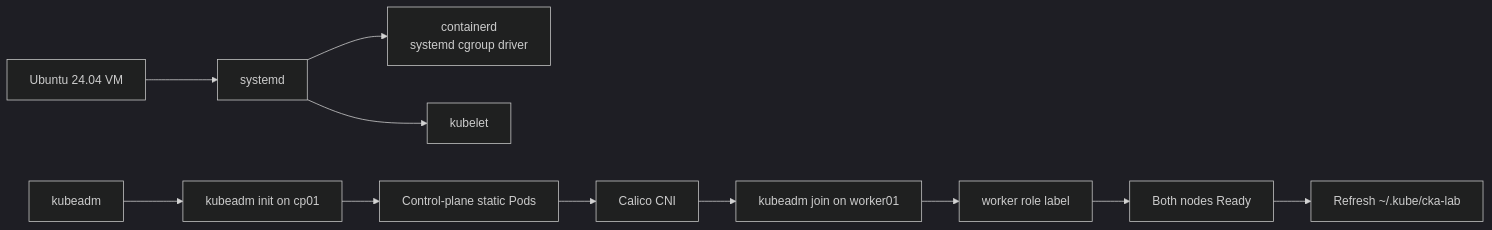
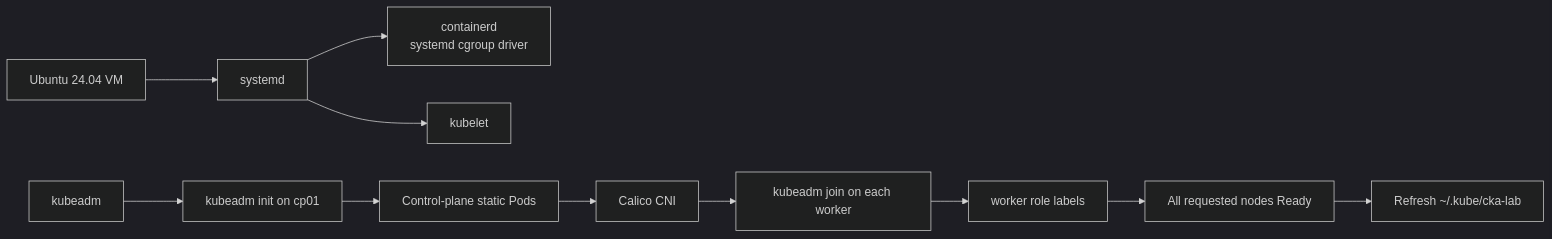
Before and after one commit to secopsarch/k8s-disposable-lab: the third of 4 diagrams in docs/architecture-and-operations.md, drawn with Mermaid (dark theme). The commit also changed other lines of this file and 5 other files, not shown here.

````diff
--- a/docs/architecture-and-operations.md
+++ b/docs/architecture-and-operations.md
@@ -54,13 +57,13 @@
 ```mermaid
 flowchart LR
     OS[Ubuntu 24.04 VM] --> SD[systemd]
     SD --> CR[containerd<br/>systemd cgroup driver]
     SD --> KL[kubelet]
     KA[kubeadm] --> INIT[kubeadm init on cp01]
     INIT --> API[Control-plane static Pods]
     API --> CNI[Calico CNI]
-    CNI --> JOIN[kubeadm join on worker01]
-    JOIN --> ROLE[worker role label]
-    ROLE --> READY[Both nodes Ready]
+    CNI --> JOIN[kubeadm join on each worker]
+    JOIN --> ROLE[worker role labels]
+    ROLE --> READY[All requested nodes Ready]
     READY --> KCFG[Refresh ~/.kube/cka-lab]
 ```
````
